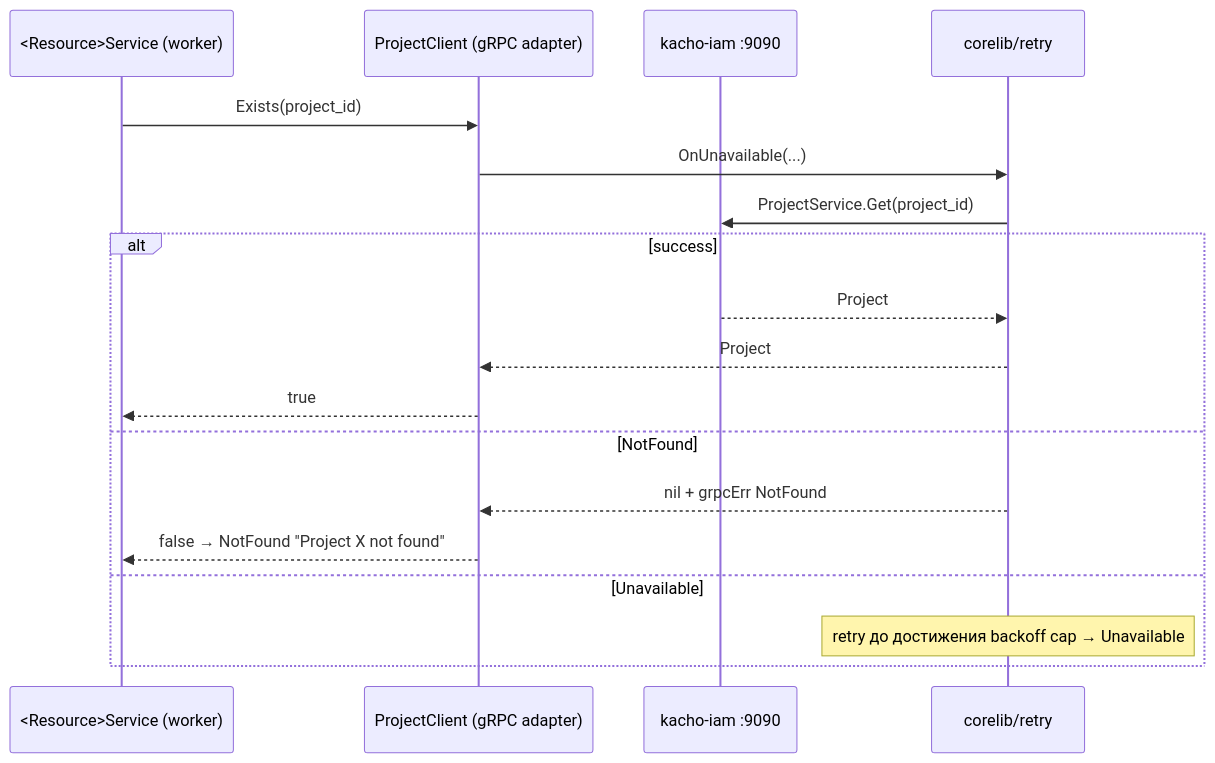
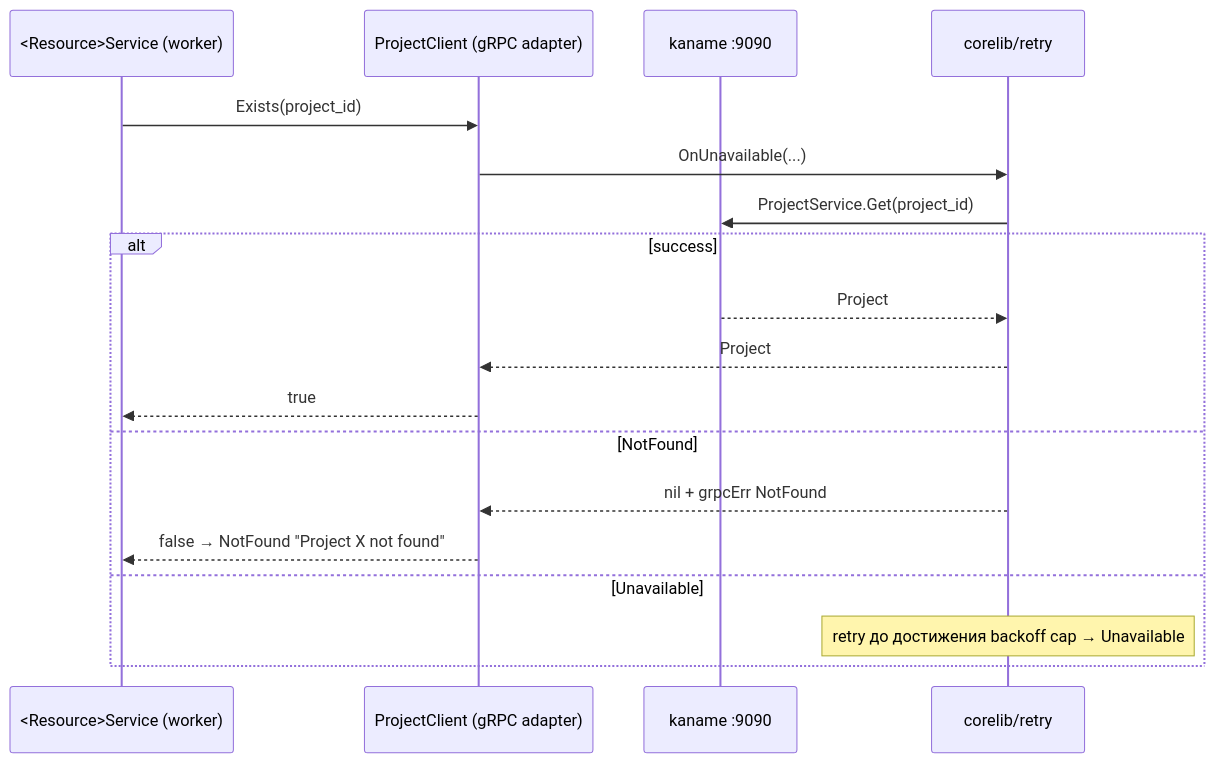
One commit to PRO-Robotech/kacho changed the sixth of 10 diagrams in services/vpc/docs/engineering/architecture/02-data-flows.md. Above: the diagram before and after it, drawn with Mermaid. The commit also changed other lines of this file and 5005 other files, not shown here.

````diff
--- a/services/vpc/docs/engineering/architecture/02-data-flows.md
+++ b/services/vpc/docs/engineering/architecture/02-data-flows.md
@@ -208,21 +208,21 @@
 ```mermaid
 sequenceDiagram
   participant S as <Resource>Service (worker)
   participant FC as ProjectClient (gRPC adapter)
-  participant RM as kacho-iam :9090
+  participant RM as kaname :9090
   participant Retry as corelib/retry
 
   S->>FC: Exists(project_id)
   FC->>Retry: OnUnavailable(...)
   Retry->>RM: ProjectService.Get(project_id)
   alt success
     RM-->>Retry: Project
     Retry-->>FC: Project
     FC-->>S: true
   else NotFound
     Retry-->>FC: nil + grpcErr NotFound
     FC-->>S: false → NotFound "Project X not found"
   else Unavailable
     Note over Retry: retry до достижения backoff cap → Unavailable
   end
 ```
````
